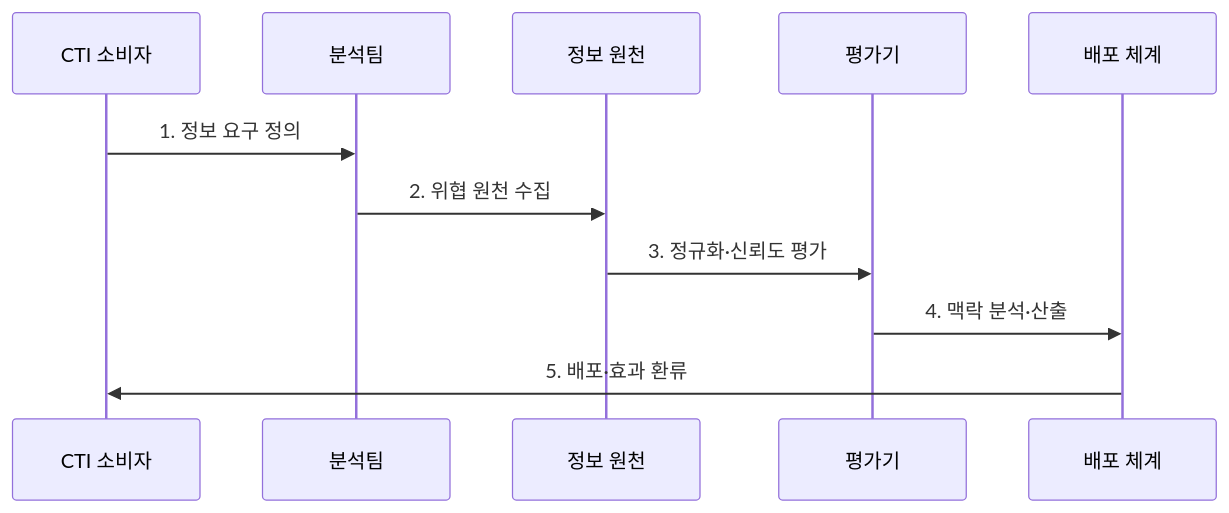
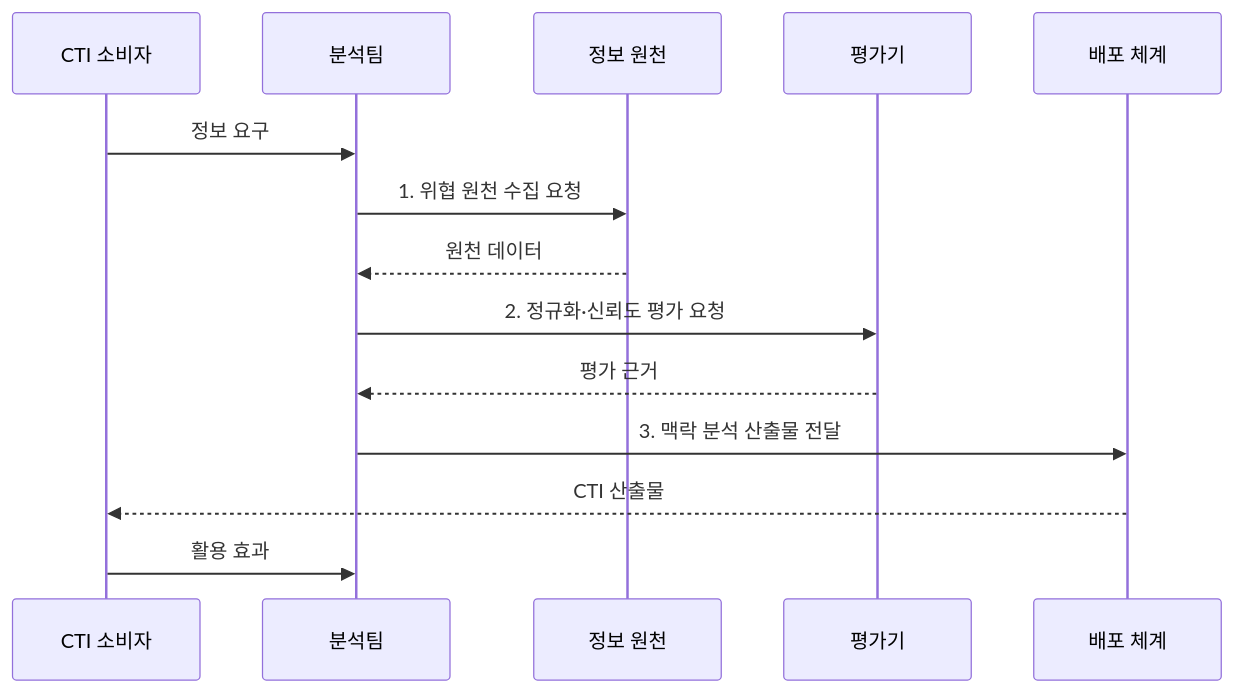
One commit to agnusdei1207/knowledge-base changed the second of 2 diagrams in src/content/docs/notes/05-security/031_cyber_threat_intelligence.md. Above: the diagram before and after it, drawn with Mermaid. The commit also changed other lines of this file and 20 other files, not shown here.

````diff
--- a/src/content/docs/notes/05-security/031_cyber_threat_intelligence.md
+++ b/src/content/docs/notes/05-security/031_cyber_threat_intelligence.md
@@ -87,13 +88,16 @@
 ```mermaid
 sequenceDiagram
     participant C as CTI 소비자
     participant A as 분석팀
     participant S as 정보 원천
     participant V as 평가기
     participant D as 배포 체계
-    C->>A: 1. 정보 요구 정의
-    A->>S: 2. 위협 원천 수집
-    S->>V: 3. 정규화·신뢰도 평가
-    V->>D: 4. 맥락 분석·산출
-    D->>C: 5. 배포·효과 환류
+    C->>A: 정보 요구
+    A->>S: 1. 위협 원천 수집 요청
+    S-->>A: 원천 데이터
+    A->>V: 2. 정규화·신뢰도 평가 요청
+    V-->>A: 평가 근거
+    A->>D: 3. 맥락 분석 산출물 전달
+    D-->>C: CTI 산출물
+    C->>A: 활용 효과
 ```
````
